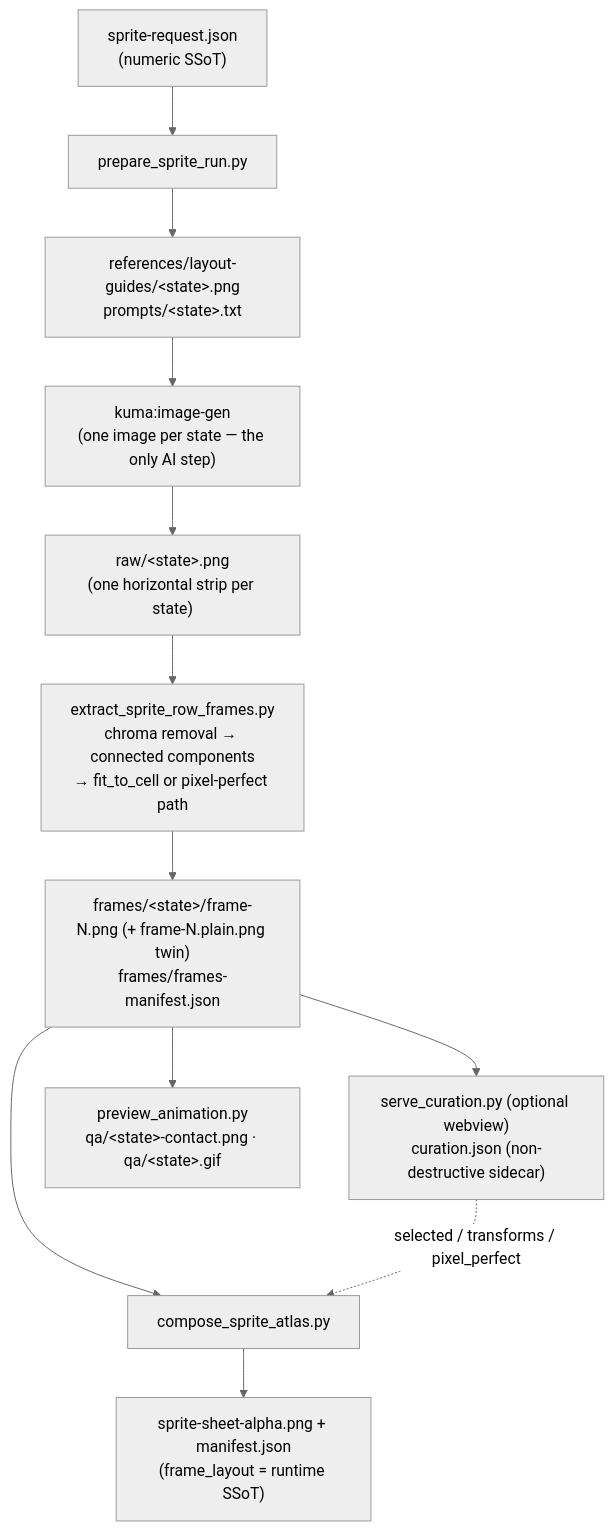
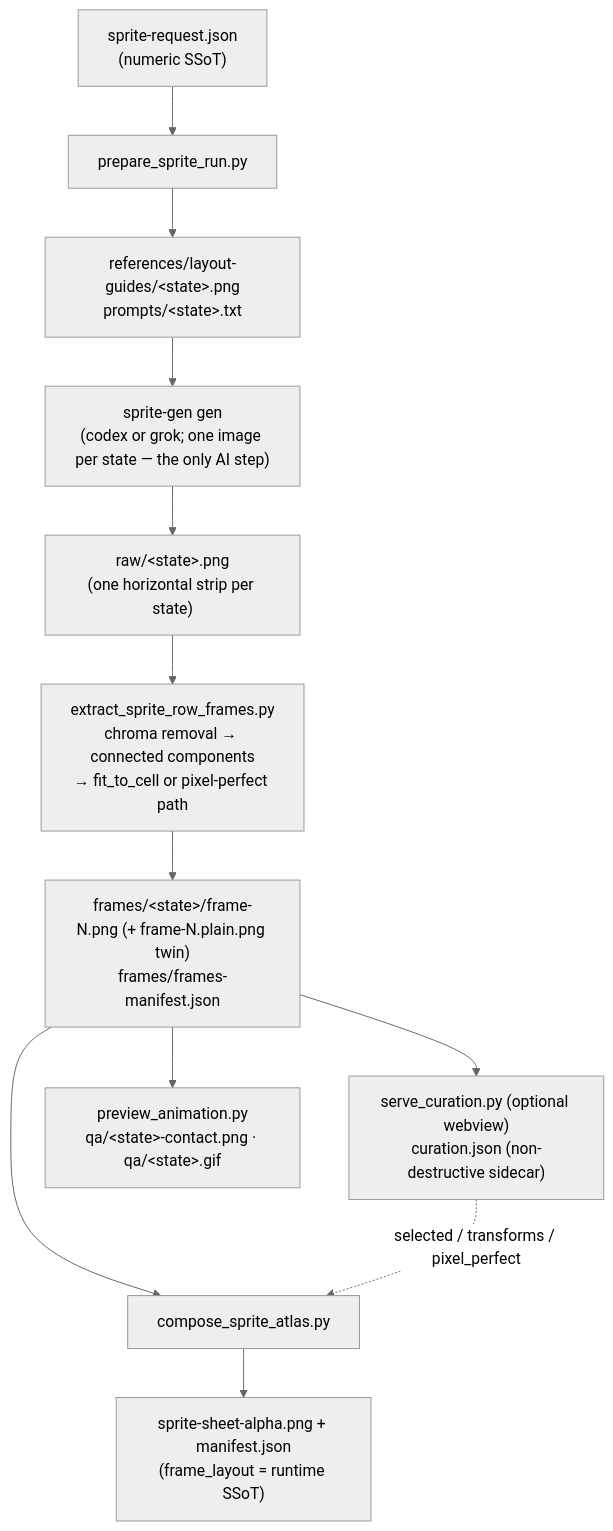
Before and after one commit to aldegad/sprite-gen: the first of 2 diagrams in docs/architecture.md, drawn with Mermaid (neutral theme). The commit also changed other lines of this file and 7 other files, not shown here.

````diff
--- a/docs/architecture.md
+++ b/docs/architecture.md
@@ -16,14 +16,14 @@
 ```mermaid
 flowchart TD
     REQ["sprite-request.json<br/>(numeric SSoT)"] --> PREP["prepare_sprite_run.py"]
     PREP --> GUIDES["references/layout-guides/&lt;state&gt;.png<br/>prompts/&lt;state&gt;.txt"]
-    GUIDES --> GEN["kuma:image-gen<br/>(one image per state — the only AI step)"]
+    GUIDES --> GEN["sprite-gen gen<br/>(codex or grok; one image per state — the only AI step)"]
     GEN --> RAW["raw/&lt;state&gt;.png<br/>(one horizontal strip per state)"]
     RAW --> EXTRACT["extract_sprite_row_frames.py<br/>chroma removal → connected components<br/>→ fit_to_cell or pixel-perfect path"]
     EXTRACT --> FRAMES["frames/&lt;state&gt;/frame-N.png (+ frame-N.plain.png twin)<br/>frames/frames-manifest.json"]
     FRAMES --> CURATE["serve_curation.py (optional webview)<br/>curation.json (non-destructive sidecar)"]
     FRAMES --> COMPOSE["compose_sprite_atlas.py"]
     CURATE -. "selected / transforms / pixel_perfect" .-> COMPOSE
     COMPOSE --> ATLAS["sprite-sheet-alpha.png + manifest.json<br/>(frame_layout = runtime SSoT)"]
     FRAMES --> QA["preview_animation.py<br/>qa/&lt;state&gt;-contact.png · qa/&lt;state&gt;.gif"]
 ```
````
